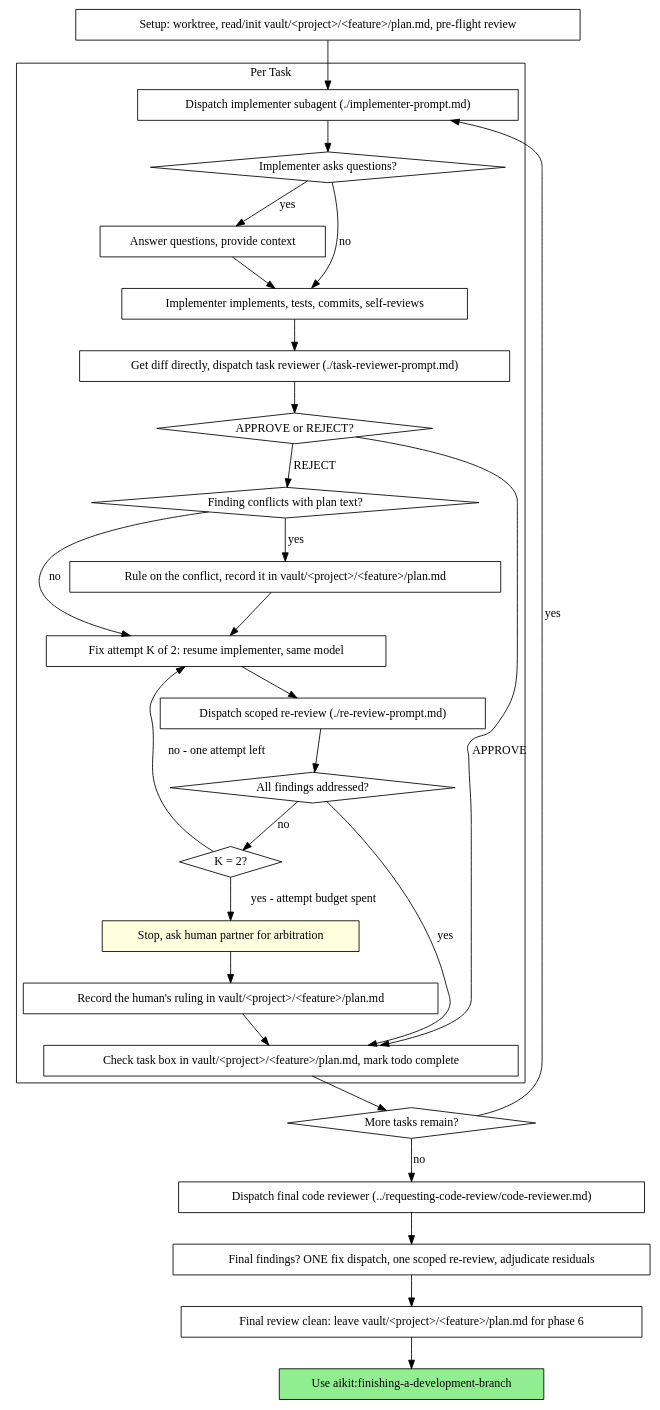
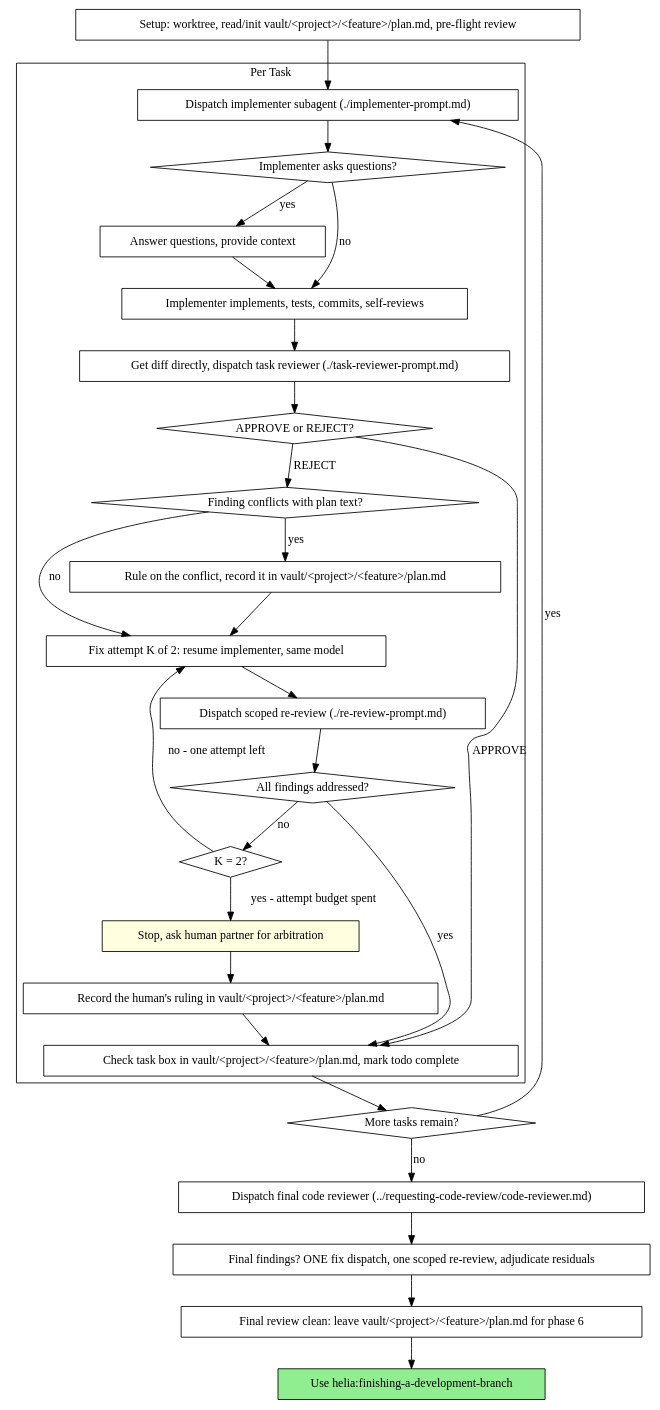
One commit to Athyrr/aikit changed the second of 2 diagrams in skills/executing-plans/SKILL.md. Above: the diagram before and after it, drawn with Graphviz. The commit also changed other lines of this file and 3 other files, not shown here.

````diff
--- a/skills/executing-plans/SKILL.md
+++ b/skills/executing-plans/SKILL.md
@@ -52,58 +52,58 @@
 ```dot
 digraph process {
     rankdir=TB;
 
     subgraph cluster_per_task {
         label="Per Task";
         "Dispatch implementer subagent (./implementer-prompt.md)" [shape=box];
         "Implementer asks questions?" [shape=diamond];
         "Answer questions, provide context" [shape=box];
         "Implementer implements, tests, commits, self-reviews" [shape=box];
         "Get diff directly, dispatch task reviewer (./task-reviewer-prompt.md)" [shape=box];
         "APPROVE or REJECT?" [shape=diamond];
         "Finding conflicts with plan text?" [shape=diamond];
         "Rule on the conflict, record it in vault/<project>/<feature>/plan.md" [shape=box];
         "Fix attempt K of 2: resume implementer, same model" [shape=box];
         "Dispatch scoped re-review (./re-review-prompt.md)" [shape=box];
         "All findings addressed?" [shape=diamond];
         "K = 2?" [shape=diamond];
         "Stop, ask human partner for arbitration" [shape=box style=filled fillcolor=lightyellow];
         "Record the human's ruling in vault/<project>/<feature>/plan.md" [shape=box];
         "Check task box in vault/<project>/<feature>/plan.md, mark todo complete" [shape=box];
     }
 
     "Setup: worktree, read/init vault/<project>/<feature>/plan.md, pre-flight review" [shape=box];
     "More tasks remain?" [shape=diamond];
     "Dispatch final code reviewer (../requesting-code-review/code-reviewer.md)" [shape=box];
     "Final findings? ONE fix dispatch, one scoped re-review, adjudicate residuals" [shape=box];
     "Final review clean: leave vault/<project>/<feature>/plan.md for phase 6" [shape=box];
-    "Use aikit:finishing-a-development-branch" [shape=box style=filled fillcolor=lightgreen];
+    "Use helia:finishing-a-development-branch" [shape=box style=filled fillcolor=lightgreen];
 
     "Setup: worktree, read/init vault/<project>/<feature>/plan.md, pre-flight review" -> "Dispatch implementer subagent (./implementer-prompt.md)";
     "Dispatch implementer subagent (./implementer-prompt.md)" -> "Implementer asks questions?";
     "Implementer asks questions?" -> "Answer questions, provide context" [label="yes"];
     "Answer questions, provide context" -> "Implementer implements, tests, commits, self-reviews";
     "Implementer asks questions?" -> "Implementer implements, tests, commits, self-reviews" [label="no"];
     "Implementer implements, tests, commits, self-reviews" -> "Get diff directly, dispatch task reviewer (./task-reviewer-prompt.md)";
     "Get diff directly, dispatch task reviewer (./task-reviewer-prompt.md)" -> "APPROVE or REJECT?";
     "APPROVE or REJECT?" -> "Check task box in vault/<project>/<feature>/plan.md, mark todo complete" [label="APPROVE"];
     "APPROVE or REJECT?" -> "Finding conflicts with plan text?" [label="REJECT"];
     "Finding conflicts with plan text?" -> "Rule on the conflict, record it in vault/<project>/<feature>/plan.md" [label="yes"];
     "Rule on the conflict, record it in vault/<project>/<feature>/plan.md" -> "Fix attempt K of 2: resume implementer, same model";
     "Finding conflicts with plan text?" -> "Fix attempt K of 2: resume implementer, same model" [label="no"];
     "Fix attempt K of 2: resume implementer, same model" -> "Dispatch scoped re-review (./re-review-prompt.md)";
     "Dispatch scoped re-review (./re-review-prompt.md)" -> "All findings addressed?";
     "All findings addressed?" -> "Check task box in vault/<project>/<feature>/plan.md, mark todo complete" [label="yes"];
     "All findings addressed?" -> "K = 2?" [label="no"];
     "K = 2?" -> "Fix attempt K of 2: resume implementer, same model" [label="no - one attempt left"];
     "K = 2?" -> "Stop, ask human partner for arbitration" [label="yes - attempt budget spent"];
     "Stop, ask human partner for arbitration" -> "Record the human's ruling in vault/<project>/<feature>/plan.md";
     "Record the human's ruling in vault/<project>/<feature>/plan.md" -> "Check task box in vault/<project>/<feature>/plan.md, mark todo complete";
     "Check task box in vault/<project>/<feature>/plan.md, mark todo complete" -> "More tasks remain?";
     "More tasks remain?" -> "Dispatch implementer subagent (./implementer-prompt.md)" [label="yes"];
     "More tasks remain?" -> "Dispatch final code reviewer (../requesting-code-review/code-reviewer.md)" [label="no"];
     "Dispatch final code reviewer (../requesting-code-review/code-reviewer.md)" -> "Final findings? ONE fix dispatch, one scoped re-review, adjudicate residuals";
     "Final findings? ONE fix dispatch, one scoped re-review, adjudicate residuals" -> "Final review clean: leave vault/<project>/<feature>/plan.md for phase 6";
-    "Final review clean: leave vault/<project>/<feature>/plan.md for phase 6" -> "Use aikit:finishing-a-development-branch";
+    "Final review clean: leave vault/<project>/<feature>/plan.md for phase 6" -> "Use helia:finishing-a-development-branch";
 }
 ```
````
